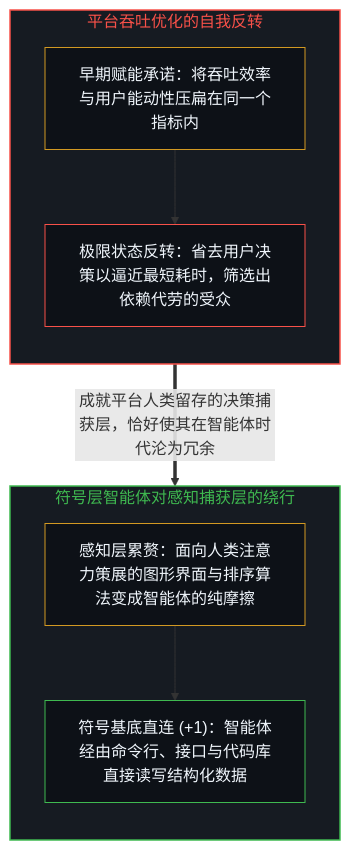
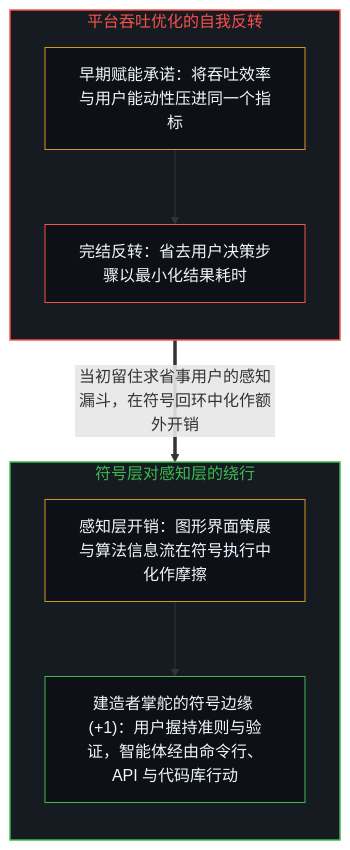
One commit to powerpig99/not-a-toe changed the first of 2 diagrams in content/posts/platform-decision-capture.md. Above: the diagram before and after it, drawn with Mermaid. The commit also changed other lines of this file and 7 other files, not shown here.

````diff
--- a/content/posts/platform-decision-capture.md
+++ b/content/posts/platform-decision-capture.md
@@ -17,22 +17,22 @@
 ```mermaid
 flowchart TD
     subgraph S_Capture["平台吞吐优化的自我反转"]
         direction TB
-        Promise["早期赋能承诺：将吞吐效率与用户能动性压扁在同一个指标内"]
-        Replace["极限状态反转：省去用户决策以逼近最短耗时，筛选出依赖代劳的受众"]
+        Promise["早期赋能承诺：将吞吐效率与用户能动性压进同一个指标"]
+        Replace["完结反转：省去用户决策步骤以最小化结果耗时"]
         Promise --> Replace
     end
-    subgraph S_Bypass["符号层智能体对感知捕获层的绕行"]
+    subgraph S_Bypass["符号层对感知层的绕行"]
         direction TB
-        Friction["感知层累赘：面向人类注意力策展的图形界面与排序算法变成智能体的纯摩擦"]
-        Direct["符号基底直连 (+1)：智能体经由命令行、接口与代码库直接读写结构化数据"]
+        Friction["感知层开销：图形界面策展与算法信息流在符号执行中化作摩擦"]
+        Direct["建造者掌舵的符号边缘 (+1)：用户握持准则与验证，智能体经由命令行、API 与代码库行动"]
         Friction --> Direct
     end
-    Replace ==>|"成就平台人类留存的决策捕获层，恰好使其在智能体时代沦为冗余"| Friction
+    Replace ==>|"当初留住求省事用户的感知漏斗，在符号回环中化作额外开销"| Friction
     style S_Capture fill:#161b22,stroke:#f85149,stroke-width:1.5px,color:#f85149
     style S_Bypass fill:#161b22,stroke:#3fb950,stroke-width:1.5px,color:#3fb950
     style Promise fill:#0d1117,stroke:#d29922,stroke-width:1px,color:#f0f6fc
     style Replace fill:#0d1117,stroke:#f85149,stroke-width:1px,color:#f0f6fc
     style Friction fill:#0d1117,stroke:#d29922,stroke-width:1px,color:#f0f6fc
     style Direct fill:#0d1117,stroke:#3fb950,stroke-width:1px,color:#f0f6fc
 ```
````
